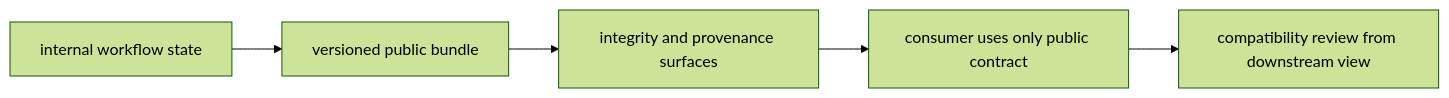
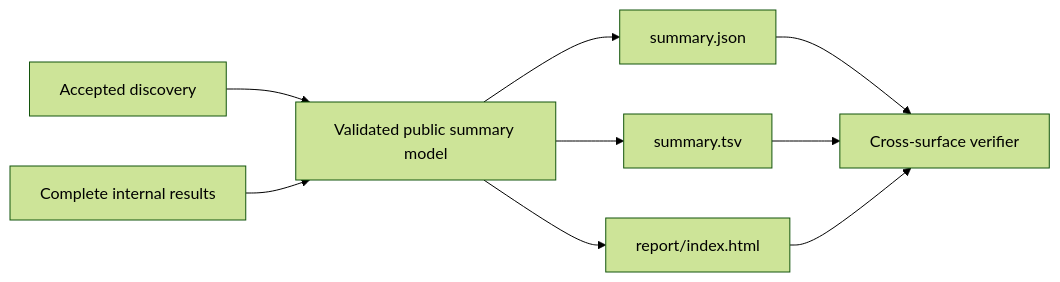
Before and after one commit to bijux/bijux-masterclass: the first of 2 diagrams in programs/reproducible-research/deep-dive-snakemake/course-book/module-06-publishing-downstream-contracts/worked-example-promoting-results-into-a-versioned-publish-bundle.md, drawn with Mermaid (forest theme). The commit also changed other lines of this file, not shown here.

Commit message:
docs(snakemake): demonstrate consumer-verified promotion

````diff
--- a/programs/reproducible-research/deep-dive-snakemake/course-book/module-06-publishing-downstream-contracts/worked-example-promoting-results-into-a-versioned-publish-bundle.md
+++ b/programs/reproducible-research/deep-dive-snakemake/course-book/module-06-publishing-downstream-contracts/worked-example-promoting-results-into-a-versioned-publish-bundle.md
@@ -367,7 +134,11 @@
 ```mermaid
 flowchart LR
-  internal["internal workflow state"] --> bundle["versioned public bundle"]
-  bundle --> integrity["integrity and provenance surfaces"]
-  integrity --> consumer["consumer uses only public contract"]
-  consumer --> review["compatibility review from downstream view"]
+  discovery["Accepted discovery"] --> model["Validated public summary model"]
+  results["Complete internal results"] --> model
+  model --> json["summary.json"]
+  model --> tsv["summary.tsv"]
+  model --> html["report/index.html"]
+  json --> equality["Cross-surface verifier"]
+  tsv --> equality
+  html --> equality
 ```
````
